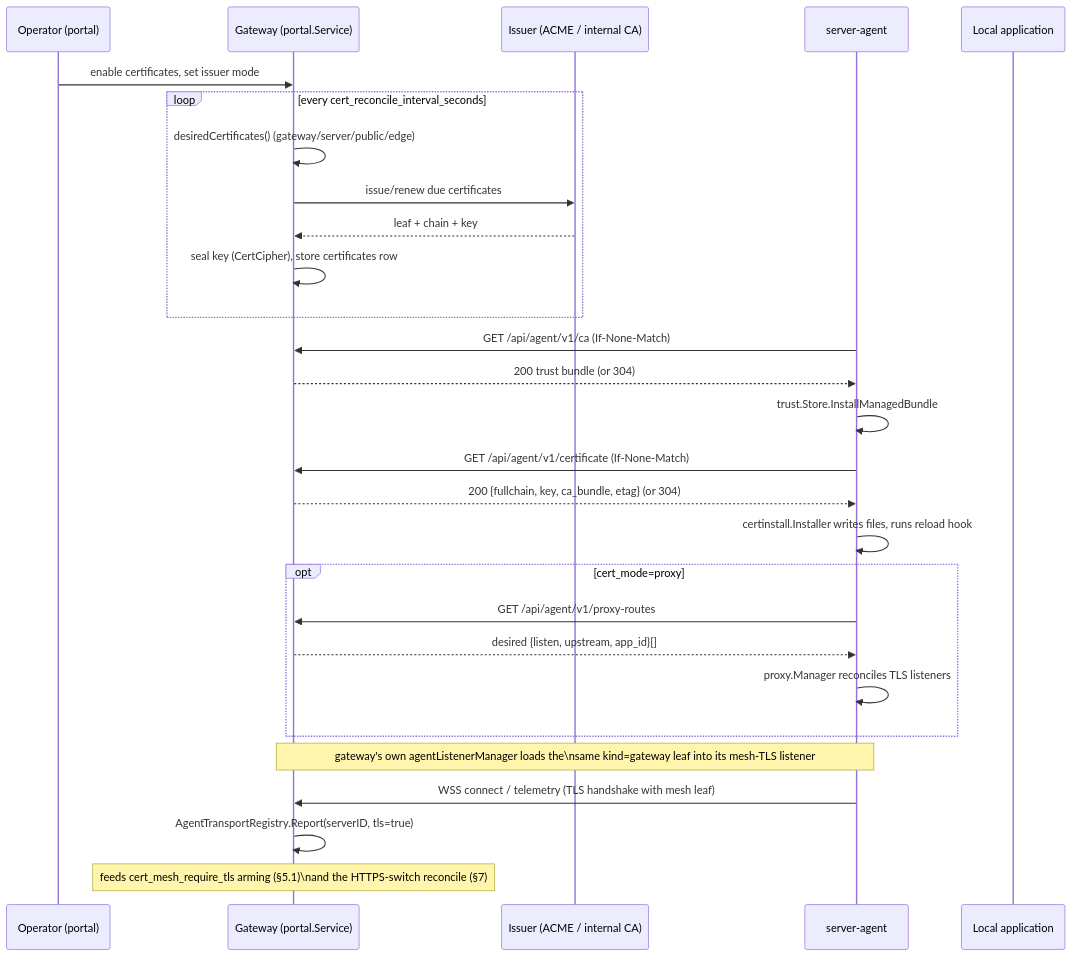
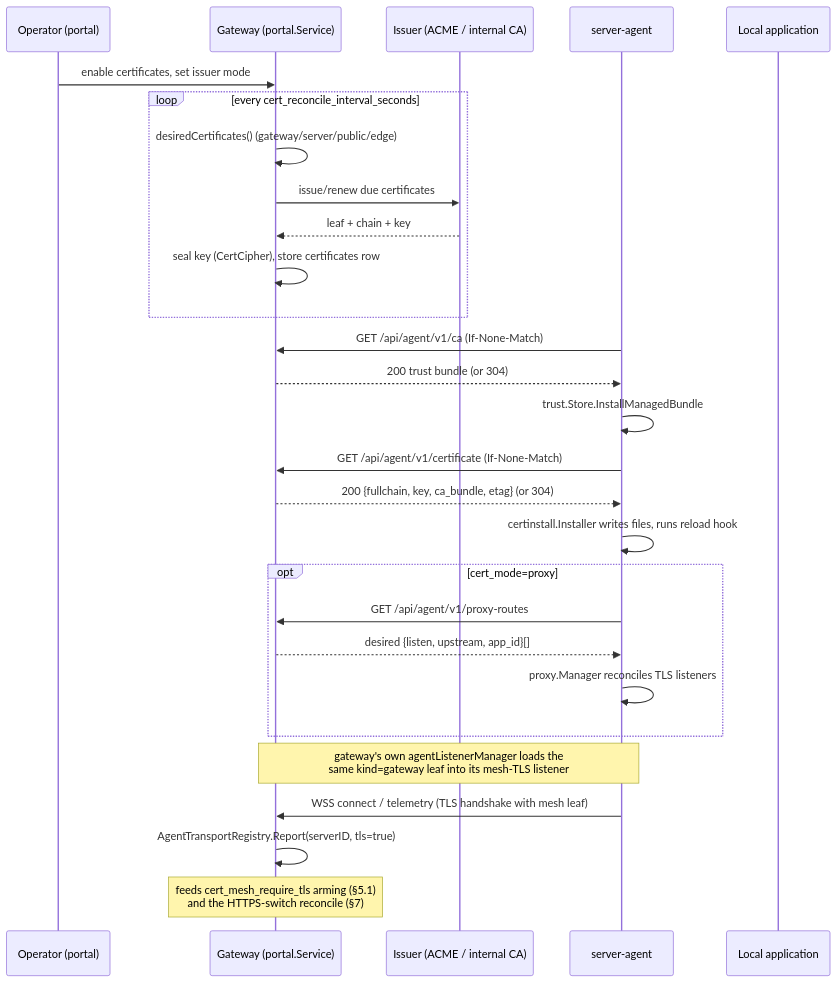
Before and after one commit to JLor08/op-ai-gateway: the second of 2 diagrams in docs/architecture/cross-cutting/certificates-tls.md, drawn with Mermaid. The commit also changed other lines of this file and 10 other files, not shown here.

First line of the commit message:
docs(architecture): fix Mermaid diagrams that do not render (#374)

````diff
--- a/docs/architecture/cross-cutting/certificates-tls.md
+++ b/docs/architecture/cross-cutting/certificates-tls.md
@@ -577,31 +577,31 @@
 ```mermaid
 sequenceDiagram
     participant Op as Operator (portal)
     participant GW as Gateway (portal.Service)
     participant CA as Issuer (ACME / internal CA)
     participant SA as server-agent
     participant App as Local application
 
     Op->>GW: enable certificates, set issuer mode
     loop every cert_reconcile_interval_seconds
         GW->>GW: desiredCertificates() (gateway/server/public/edge)
         GW->>CA: issue/renew due certificates
         CA-->>GW: leaf + chain + key
         GW->>GW: seal key (CertCipher), store certificates row
     end
     SA->>GW: GET /api/agent/v1/ca (If-None-Match)
     GW-->>SA: 200 trust bundle (or 304)
     SA->>SA: trust.Store.InstallManagedBundle
     SA->>GW: GET /api/agent/v1/certificate (If-None-Match)
     GW-->>SA: 200 {fullchain, key, ca_bundle, etag} (or 304)
     SA->>SA: certinstall.Installer writes files, runs reload hook
     opt cert_mode=proxy
         SA->>GW: GET /api/agent/v1/proxy-routes
         GW-->>SA: desired {listen, upstream, app_id}[]
         SA->>SA: proxy.Manager reconciles TLS listeners
     end
-    Note over GW,SA: gateway's own agentListenerManager loads the\nsame kind=gateway leaf into its mesh-TLS listener
+    Note over GW,SA: gateway's own agentListenerManager loads the<br/>same kind=gateway leaf into its mesh-TLS listener
     SA->>GW: WSS connect / telemetry (TLS handshake with mesh leaf)
     GW->>GW: AgentTransportRegistry.Report(serverID, tls=true)
-    Note over GW: feeds cert_mesh_require_tls arming (§5.1)\nand the HTTPS-switch reconcile (§7)
+    Note over GW: feeds cert_mesh_require_tls arming (§5.1)<br/>and the HTTPS-switch reconcile (§7)
 ```
````
